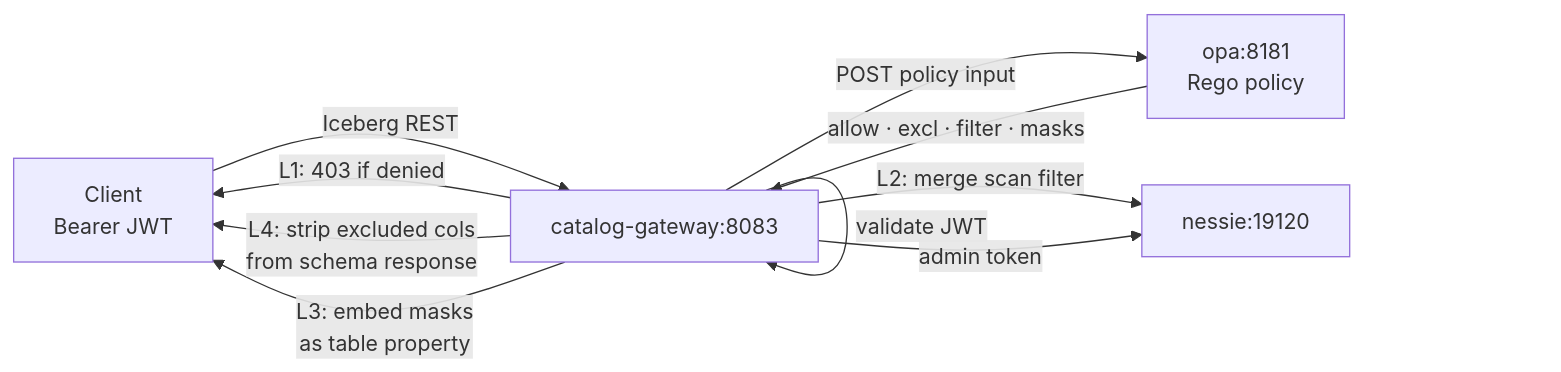
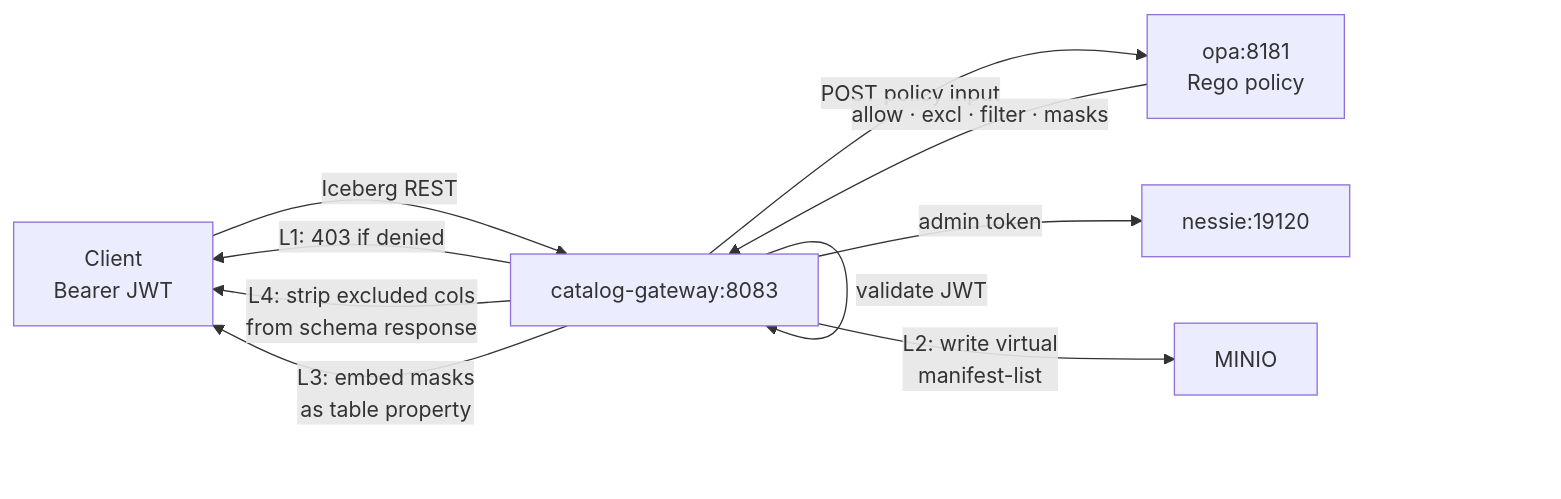
Before and after one commit to techbitsvsk/catalog_sync: the second of 2 diagrams in README.md, drawn with Mermaid. The commit also changed other lines of this file and 6 other files, not shown here.

````diff
--- a/README.md
+++ b/README.md
@@ -188,17 +190,17 @@
 ```mermaid
 flowchart LR
     CLIENT[Client\nBearer JWT]
     GW[catalog-gateway:8083]
     OPA[opa:8181\nRego policy]
     NESSIE[nessie:19120]
 
     CLIENT -- Iceberg REST --> GW
     GW -- validate JWT --> GW
     GW -- POST policy input --> OPA
     OPA -- allow · excl · filter · masks --> GW
     GW -- L1: 403 if denied --> CLIENT
     GW -- L4: strip excluded cols\nfrom schema response --> CLIENT
-    GW -- L2: merge scan filter --> NESSIE
+    GW -- L2: write virtual\nmanifest-list --> MINIO
     GW -- L3: embed masks\nas table property --> CLIENT
     GW -- admin token --> NESSIE
 ```
````
